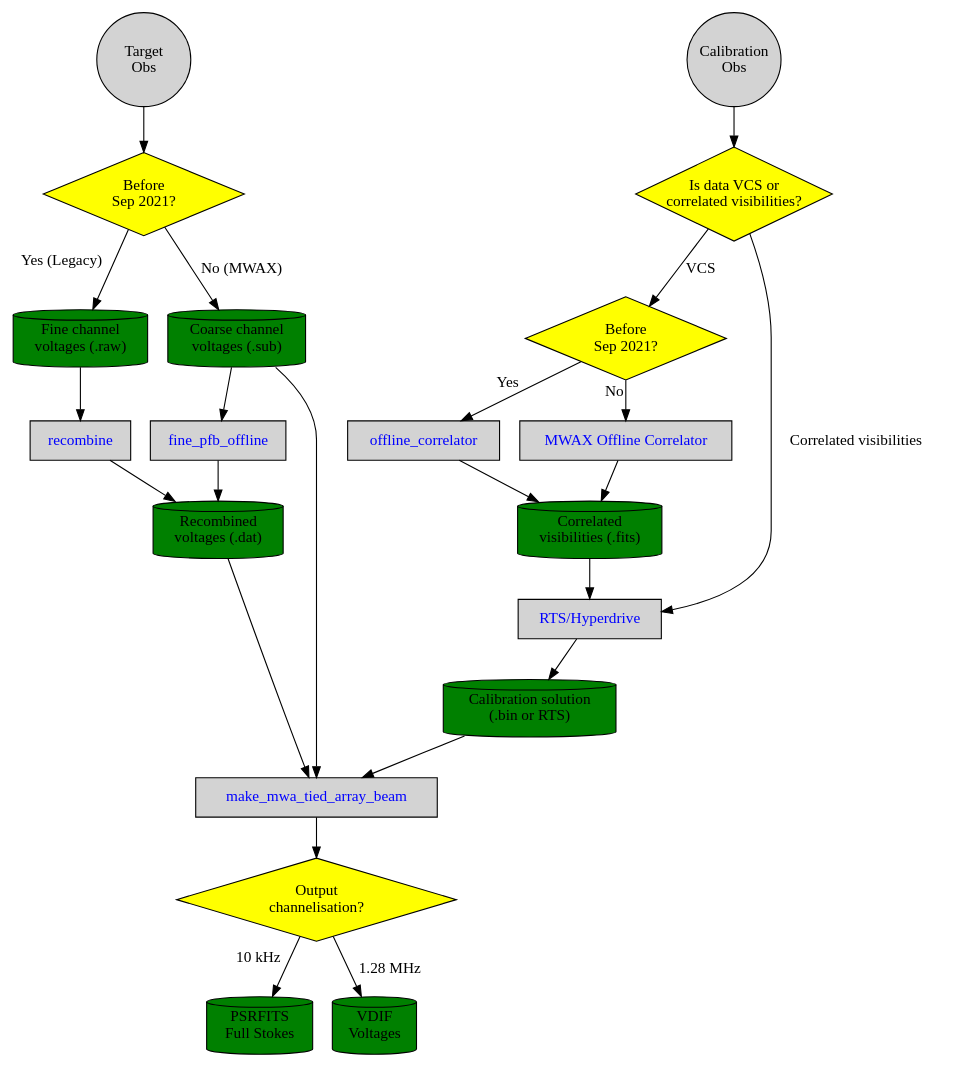
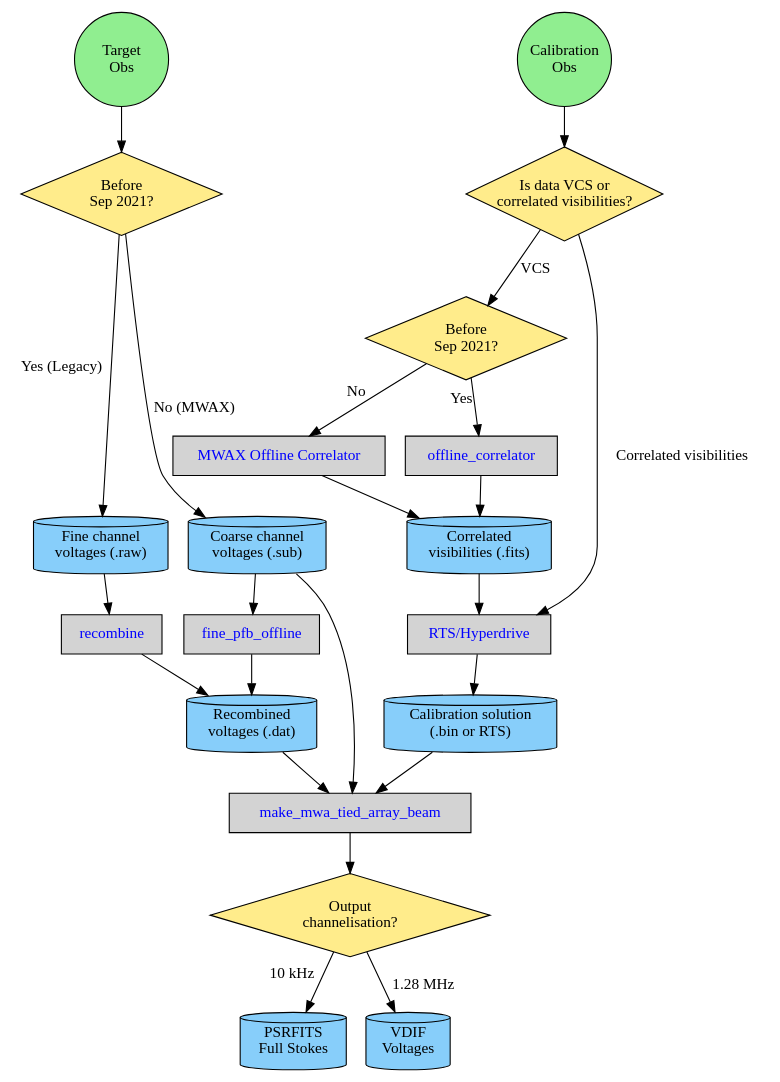
Before and after one commit to CIRA-Pulsars-and-Transients-Group/vcsbeam: the diagram in doc/images/beamforming.dot, drawn with Graphviz.

Commit message:
Improved the look of the beamformer workflow graphviz diagram

```diff
--- a/doc/images/beamforming.dot
+++ b/doc/images/beamforming.dot
@@ -1,48 +1,49 @@
 digraph overview {
     node [ shape=cylinder, style="filled" ];
     //splines = curved;
 
-    targetobs [ label="Target\nObs", shape=circle, fixedsize=true, width=1.2 ];
-    calobs [ label="Calibration\nObs", shape=circle, fixedsize=true, width=1.2 ];
-    calvcs [ label="Is data VCS or\ncorrelated visibilities?", shape=diamond, fillcolor=yellow, fixedsize=true, width=2.5, height=1.2 ];
-    date [ label="Before\nSep 2021?", shape=diamond, fillcolor=yellow ];
-    date2 [ label="Before\nSep 2021?", shape=diamond, fillcolor=yellow ];
-    raw [ label="Fine channel\nvoltages (.raw)", fillcolor=green ];
-    sub [ label="Coarse channel\nvoltages (.sub)", fillcolor=green ];
-    dat [ label="Recombined\nvoltages (.dat)", fillcolor=green ];
-    vis [ label="Correlated\nvisibilities (.fits)", fillcolor=green ];
-    outputchannelisation [ label="Output\nchannelisation?", shape=diamond, fillcolor=yellow ];
-    psrfits [ label="PSRFITS\nFull Stokes", fillcolor=green ];
-    vdif [ label="VDIF\nVoltages", fillcolor=green ];
-    calsol [ label="Calibration solution\n(.bin or RTS)", fillcolor=green ];
+    targetobs [ label="Target\nObs", shape=circle, fixedsize=true, width=1.2, fillcolor=lightgreen ];
+    calobs [ label="Calibration\nObs", shape=circle, fixedsize=true, width=1.2, fillcolor=lightgreen ];
+    calvcs [ label="Is data VCS or\ncorrelated visibilities?", shape=diamond, fillcolor=lightgoldenrod1, fixedsize=true, width=2.5, height=1.2 ];
+    date [ label="Before\nSep 2021?", shape=diamond, fillcolor=lightgoldenrod1 ];
+    date2 [ label="Before\nSep 2021?", shape=diamond, fillcolor=lightgoldenrod1 ];
+    raw [ label="Fine channel\nvoltages (.raw)", fillcolor=lightskyblue ];
+    sub [ label="Coarse channel\nvoltages (.sub)", fillcolor=lightskyblue ];
+    dat [ label="Recombined\nvoltages (.dat)", fillcolor=lightskyblue ];
+    vis [ label="Correlated\nvisibilities (.fits)", fillcolor=lightskyblue ];
+    outputchannelisation [ label="Output\nchannelisation?", shape=diamond, fillcolor=lightgoldenrod1 ];
+    psrfits [ label="PSRFITS\nFull Stokes", fillcolor=lightskyblue ];
+    vdif [ label="VDIF\nVoltages", fillcolor=lightskyblue ];
+    calsol [ label="Calibration solution\n(.bin or RTS)", fillcolor=lightskyblue ];
     recombine [ label="recombine", shape=record, href="https://github.com/ICRAR/mwa-voltage.git", fontcolor=blue ];
     tiedarray [ label="make_mwa_tied_array_beam", shape=record, href="@ref applicationsmakemwatiedarraybeam", fontcolor=blue ];
     rts [ label="RTS/Hyperdrive", shape=record, href="@ref usersguidecalibration", fontcolor=blue ];
     targetobs -> date;
     date -> raw [ xlabel="Yes (Legacy)" ];
     date -> sub [ label="No (MWAX)" ];
     sub -> tiedarray;
 
     offlinepfb [ label="fine_pfb_offline", shape=record, href="@ref applicationsfinepfboffline", fontcolor=blue ];
     offlinecorrlegacy [ label="offline_correlator", shape=record, href="@ref applicationsofflinecorrelator", fontcolor=blue ];
     offlinecorrmwax [ label="MWAX Offline Correlator", shape=record, href="https://wiki.mwatelescope.org/display/MP/MWAX+Offline+Correlator", fontcolor=blue ];
 
     raw -> recombine -> dat;
     sub -> offlinepfb -> dat;
     dat -> tiedarray -> outputchannelisation;
     outputchannelisation -> psrfits [ xlabel="10 kHz" ];
     outputchannelisation -> vdif [ label="1.28 MHz" ];
     calsol -> tiedarray;
     calobs -> calvcs;
     calvcs -> date2 [ label="VCS" ];
     date2 -> offlinecorrlegacy [ xlabel="Yes" ];
     date2 -> offlinecorrmwax [ xlabel="No" ];
     offlinecorrlegacy -> vis;
     offlinecorrmwax -> vis;
     calvcs -> rts [ label="Correlated visibilities" ];
     vis -> rts -> calsol;
 
     {rank = same; targetobs; calobs; }
     {rank = same; date; calvcs; }
     {rank = same; raw; sub;}
+    {rank = same; dat; calsol;}
 }
```
